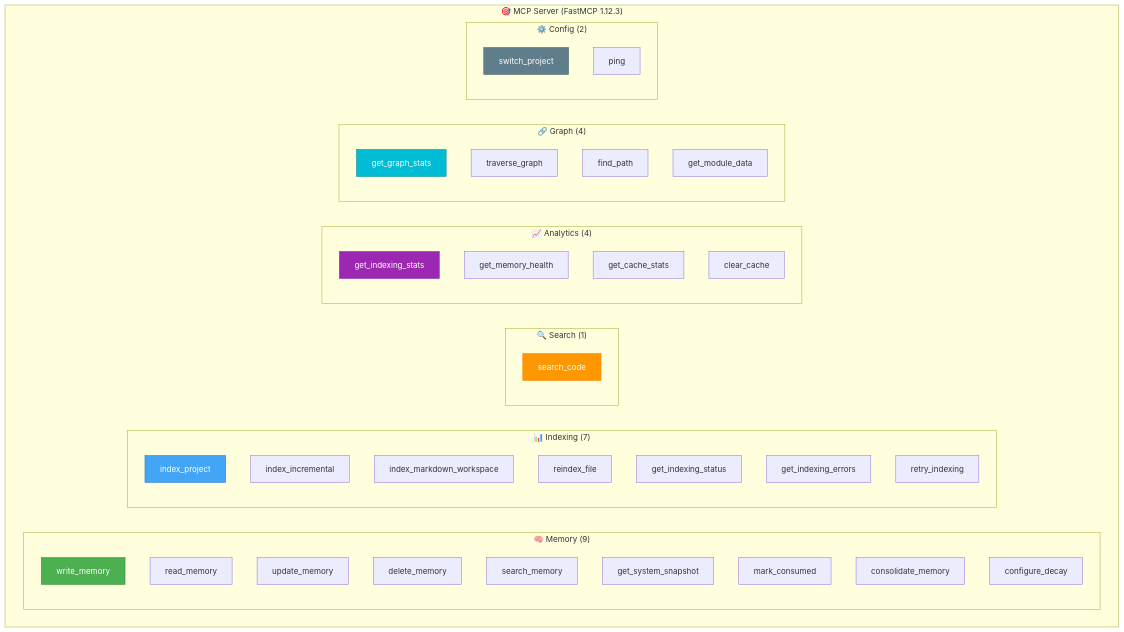
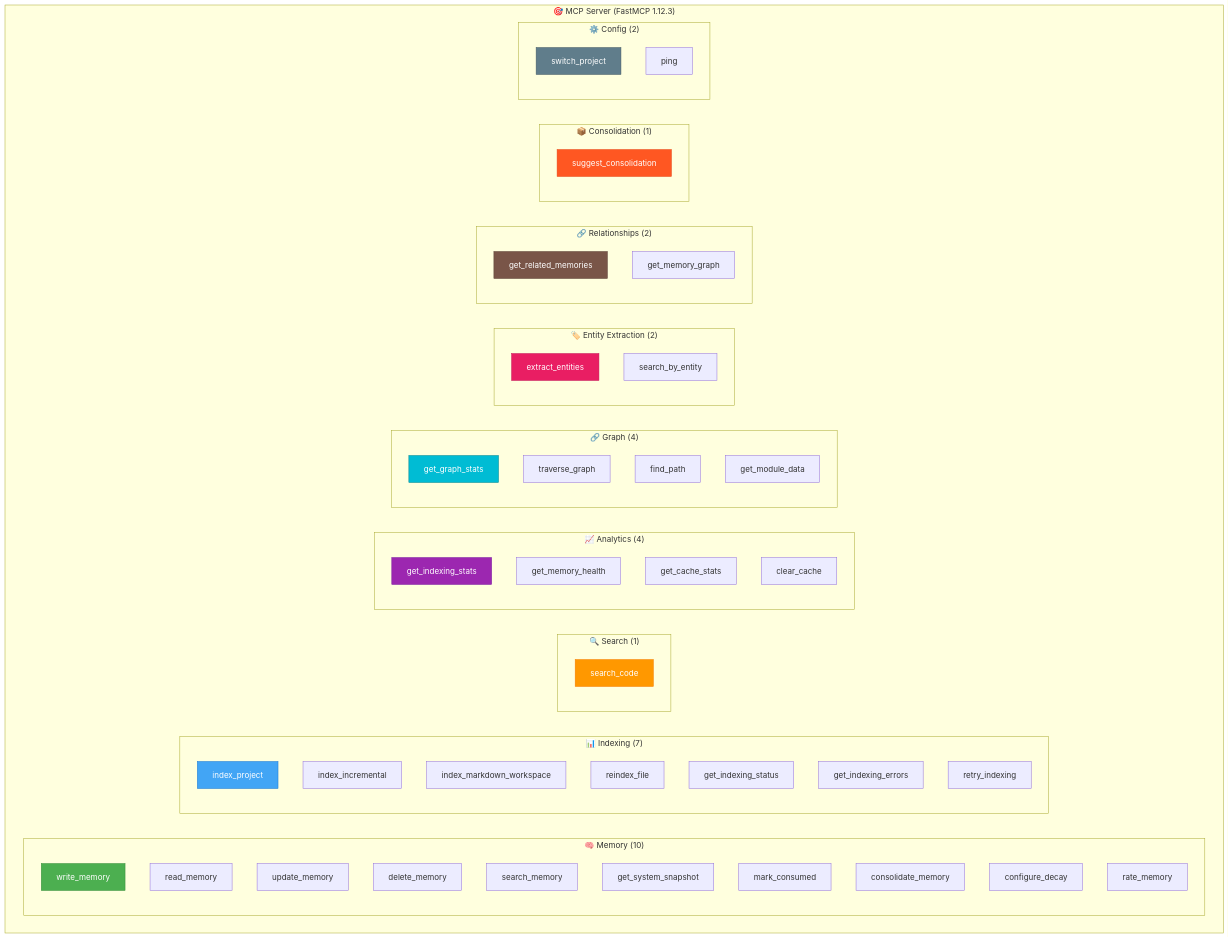
One commit to giak/mnemo-lite changed diagram 13 of 15 in docs/ARCHITECTURE.md. Above: the diagram before and after it, drawn with Mermaid. The commit also changed other lines of this file, not shown here.

First line of the commit message:
docs: update ARCHITECTURE.md to reflect current codebase

````diff
--- a/docs/ARCHITECTURE.md
+++ b/docs/ARCHITECTURE.md
@@ -549,57 +705,75 @@
 ```mermaid
 graph TD
     subgraph "🎯 MCP Server (FastMCP 1.12.3)"
         
-        subgraph "🧠 Memory (9)"
+        subgraph "🧠 Memory (10)"
             WM["write_memory"]
             RM["read_memory"]
             UM["update_memory"]
             DM["delete_memory"]
             SM["search_memory"]
             SS["get_system_snapshot"]
             MC["mark_consumed"]
             CM["consolidate_memory"]
             CD["configure_decay"]
+            RTM["rate_memory"]
         end
 
         subgraph "📊 Indexing (7)"
             IP["index_project"]
             II["index_incremental"]
             IM["index_markdown_workspace"]
             RF["reindex_file"]
             GS["get_indexing_status"]
             GE["get_indexing_errors"]
             RI["retry_indexing"]
         end
 
         subgraph "🔍 Search (1)"
             SC["search_code"]
         end
 
         subgraph "📈 Analytics (4)"
             IS["get_indexing_stats"]
             MH["get_memory_health"]
             CS["get_cache_stats"]
             CC["clear_cache"]
         end
 
         subgraph "🔗 Graph (4)"
             GGS["get_graph_stats"]
             TG["traverse_graph"]
             FP["find_path"]
             GMD["get_module_data"]
         end
 
+        subgraph "🏷️ Entity Extraction (2)"
+            EE["extract_entities"]
+            SBE["search_by_entity"]
+        end
+
+        subgraph "🔗 Relationships (2)"
+            GRM["get_related_memories"]
+            GMG["get_memory_graph"]
+        end
+
+        subgraph "📦 Consolidation (1)"
+            SCT["suggest_consolidation"]
+        end
+
         subgraph "⚙️ Config (2)"
             SP["switch_project"]
             PNG["ping"]
         end
     end
 
     style WM fill:#4CAF50,stroke:#388E3C,color:#fff
     style IP fill:#42A5F5,stroke:#1976D2,color:#fff
     style SC fill:#FF9800,stroke:#F57C00,color:#fff
     style IS fill:#9C27B0,stroke:#7B1FA2,color:#fff
     style GGS fill:#00BCD4,stroke:#00838F,color:#fff
+    style EE fill:#E91E63,stroke:#C2185B,color:#fff
+    style GRM fill:#795548,stroke:#5D4037,color:#fff
+    style SCT fill:#FF5722,stroke:#E64A19,color:#fff
     style SP fill:#607D8B,stroke:#455A64,color:#fff
 ```
````
